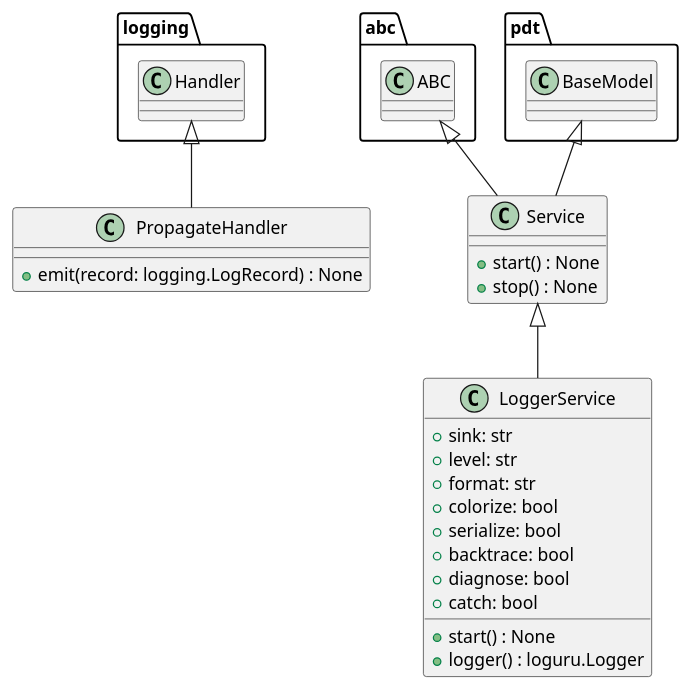
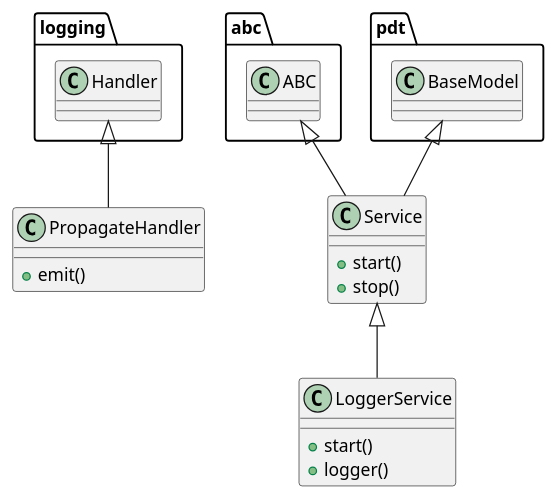
One commit to lgcorzo/llmops-python-package changed the diagram in openwiki/src/autogen_team/infrastructure/services/logger_service.md. Above: the diagram before and after it, drawn with PlantUML. The commit also changed other lines of this file and 77 other files, not shown here.

````diff
--- a/openwiki/src/autogen_team/infrastructure/services/logger_service.md
+++ b/openwiki/src/autogen_team/infrastructure/services/logger_service.md
@@ -64,27 +207,19 @@
 ```plantuml
 @startuml
-    logging.Handler <|-- PropagateHandler
-    class PropagateHandler {
-        +emit(record: logging.LogRecord) : None
-    }
-    abc.ABC <|-- Service
-    pdt.BaseModel <|-- Service
-    class Service {
-        +start() : None
-        +stop() : None
-    }
-    Service <|-- LoggerService
-    class LoggerService {
-        +sink: str
-        +level: str
-        +format: str
-        +colorize: bool
-        +serialize: bool
-        +backtrace: bool
-        +diagnose: bool
-        +catch: bool
-        +start() : None
-        +logger() : loguru.Logger
-    }
+class PropagateHandler {
+  + emit()
+}
+logging.Handler <|-- PropagateHandler
+class Service {
+  + start()
+  + stop()
+}
+abc.ABC <|-- Service
+pdt.BaseModel <|-- Service
+class LoggerService {
+  + start()
+  + logger()
+}
+Service <|-- LoggerService
 @enduml
 ```
````
